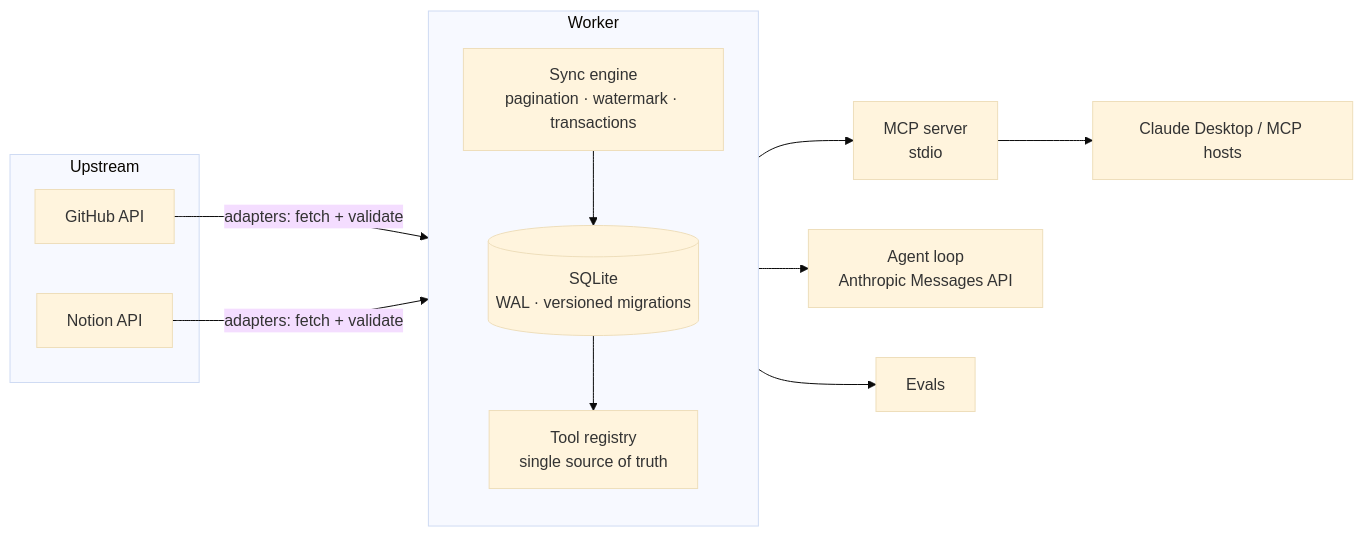
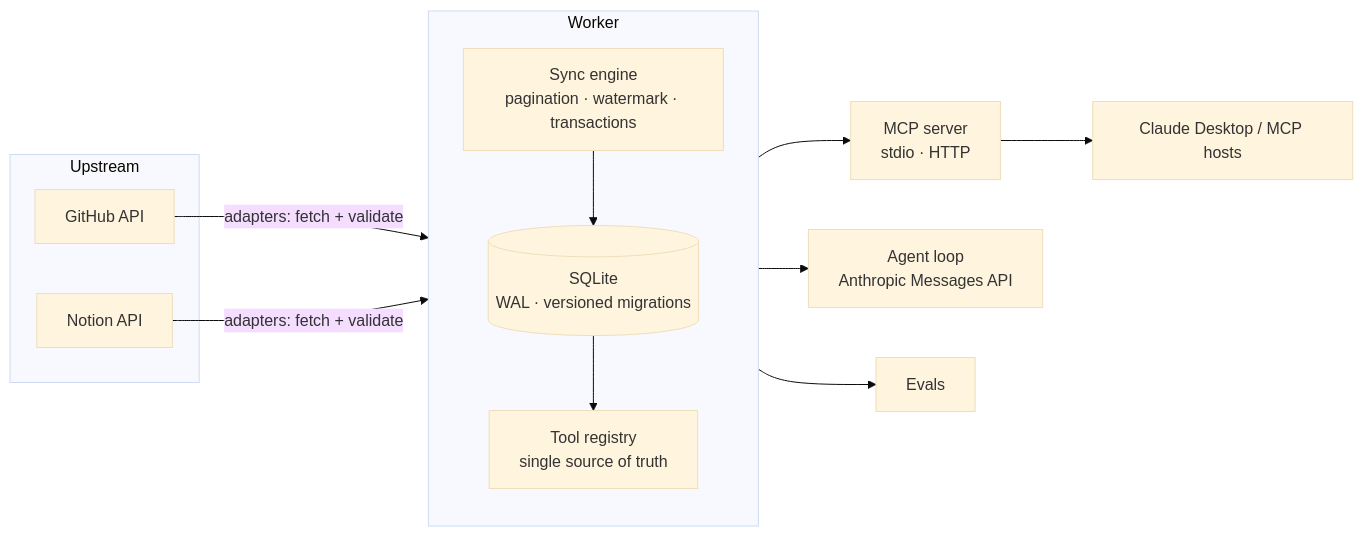
Before and after one commit to BryantJavaInt/rockin-worker: the diagram in README.md, drawn with Mermaid (base theme). The commit also changed other lines of this file and 26 other files, not shown here.

````diff
--- a/README.md
+++ b/README.md
@@ -14,19 +14,19 @@
 ```mermaid
 flowchart LR
   subgraph Upstream
     GH[GitHub API]
     NO[Notion API]
   end
   subgraph Worker
     direction TB
     E[Sync engine<br/>pagination · watermark · transactions]
     DB[(SQLite<br/>WAL · versioned migrations)]
     R[Tool registry<br/>single source of truth]
   end
   GH & NO -->|adapters: fetch + validate| E --> DB
   DB --> R
-  R --> M[MCP server<br/>stdio]
+  R --> M[MCP server<br/>stdio · HTTP]
   R --> A[Agent loop<br/>Anthropic Messages API]
   R --> EV[Evals]
   M --> CD[Claude Desktop / MCP hosts]
 ```
````
